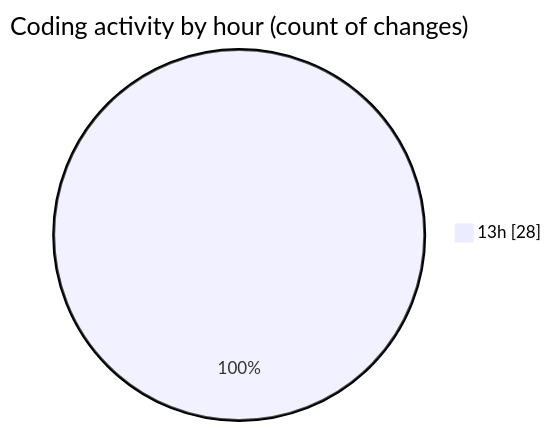
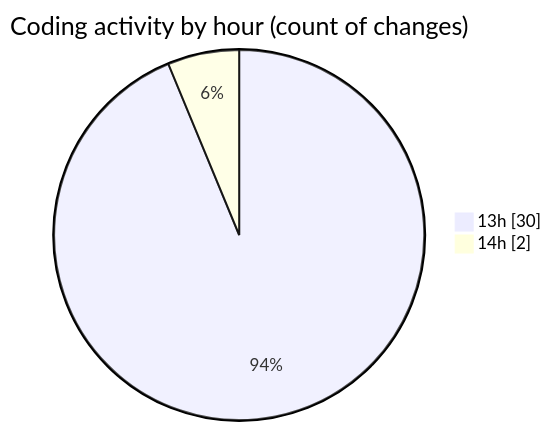
Before and after one commit to robertbonfada/code-tracking: the second of 2 diagrams in 2025-01-14/mbc-web/README.md, drawn with Mermaid. The commit also changed other lines of this file and 1 other file, not shown here.

````diff
--- a/2025-01-14/mbc-web/README.md
+++ b/2025-01-14/mbc-web/README.md
@@ -43,5 +45,6 @@
 ```mermaid
 pie showData
 title Coding activity by hour (count of changes)
-"13h" : 28
+"13h" : 30
+"14h" : 2
 ```
````
